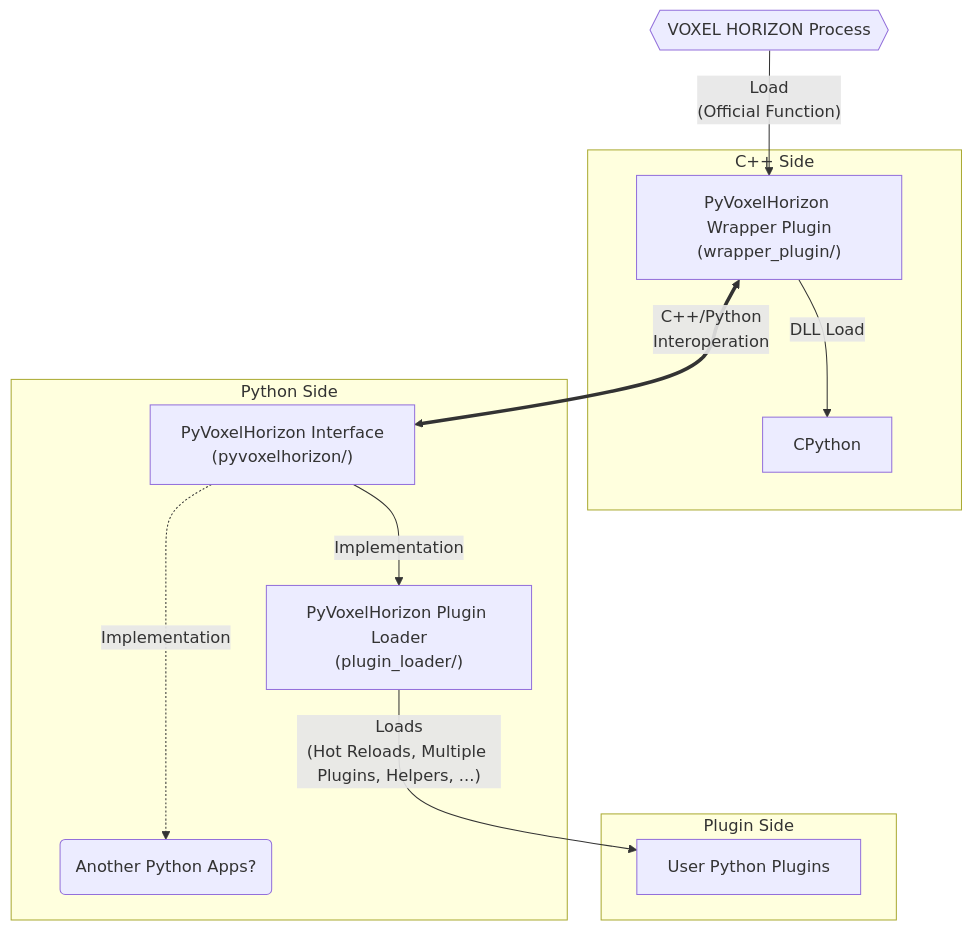
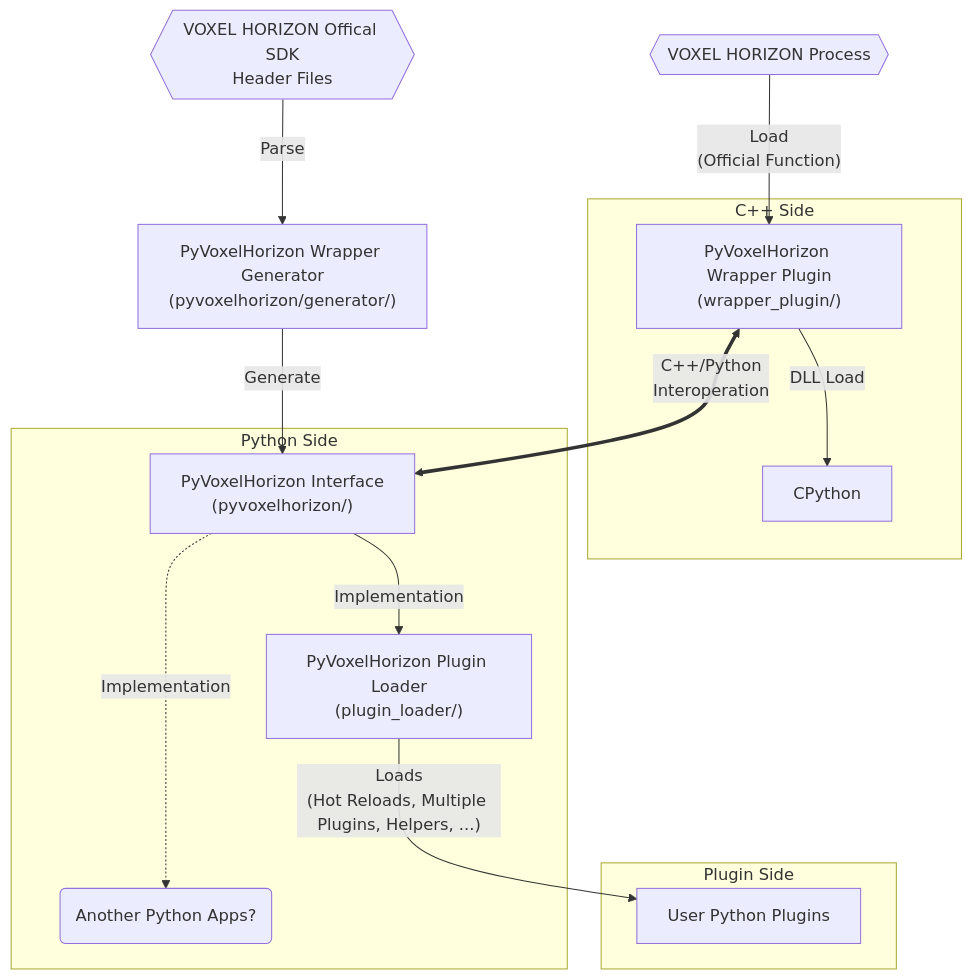
Before and after one commit to devjeonghwan/PyVoxelHorizon: the diagram in README.md, drawn with Mermaid.

````diff
--- a/README.md
+++ b/README.md
@@ -4,24 +4,28 @@
 ```mermaid
 flowchart TB
     USER_PLUGIN["User Python Plugins"]
     PY_VOXEL_HORIZON_PLUGIN_LOADER["PyVoxelHorizon Plugin Loader\n(plugin_loader/)"]
     PY_VOXEL_HORIZON["PyVoxelHorizon Interface\n(pyvoxelhorizon/)"]
     PY_VOXEL_HORIZON_WRAPPER["PyVoxelHorizon Wrapper Plugin\n(wrapper_plugin/)"]
+    PY_VOXEL_HORIZON_WRAPPER_GENERATOR["PyVoxelHorizon Wrapper Generator\n(pyvoxelhorizon/generator/)"]
     VOXEL_HORIZON{{"VOXEL HORIZON Process"}}
+    VOXEL_HORIZON_HEADER_FILE{{"VOXEL HORIZON Offical SDK\nHeader Files"}}
     
     VOXEL_HORIZON -->|"Load\n(Official Function)"| PY_VOXEL_HORIZON_WRAPPER
+    VOXEL_HORIZON_HEADER_FILE -->|"Parse"| PY_VOXEL_HORIZON_WRAPPER_GENERATOR
+    PY_VOXEL_HORIZON_WRAPPER_GENERATOR -->|"Generate"| PY_VOXEL_HORIZON
 
     subgraph C++ Side
     PY_VOXEL_HORIZON_WRAPPER -->|"DLL Load"| PYTHON["CPython"]
     end
     
     subgraph Python Side
     PY_VOXEL_HORIZON_WRAPPER <==>|"C++/Python\nInteroperation"| PY_VOXEL_HORIZON
     PY_VOXEL_HORIZON -->|"Implementation"| PY_VOXEL_HORIZON_PLUGIN_LOADER
     PY_VOXEL_HORIZON -..->|"Implementation"| IMPL1("Another Python Apps?")
     end
     
     subgraph Plugin Side
     PY_VOXEL_HORIZON_PLUGIN_LOADER -->|"Loads\n(Hot Reloads, Multiple Plugins, Helpers, ...)"| USER_PLUGIN
     end
 ```
````
